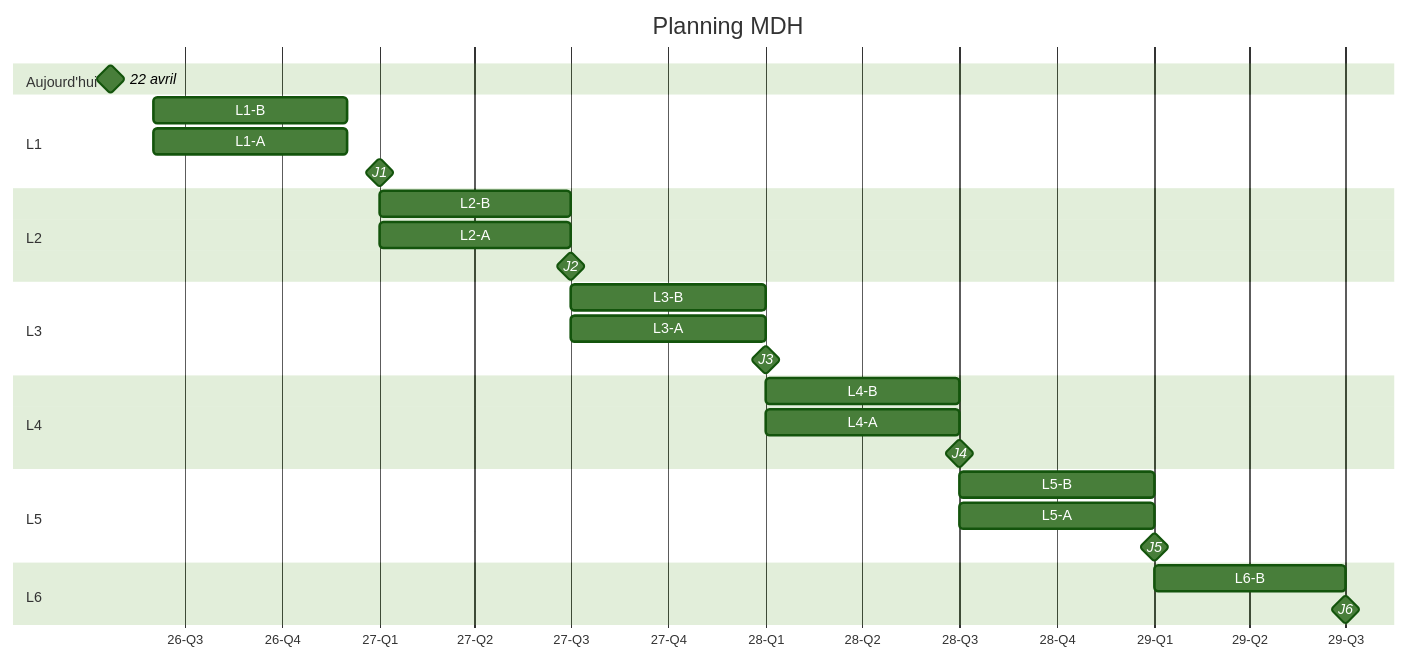
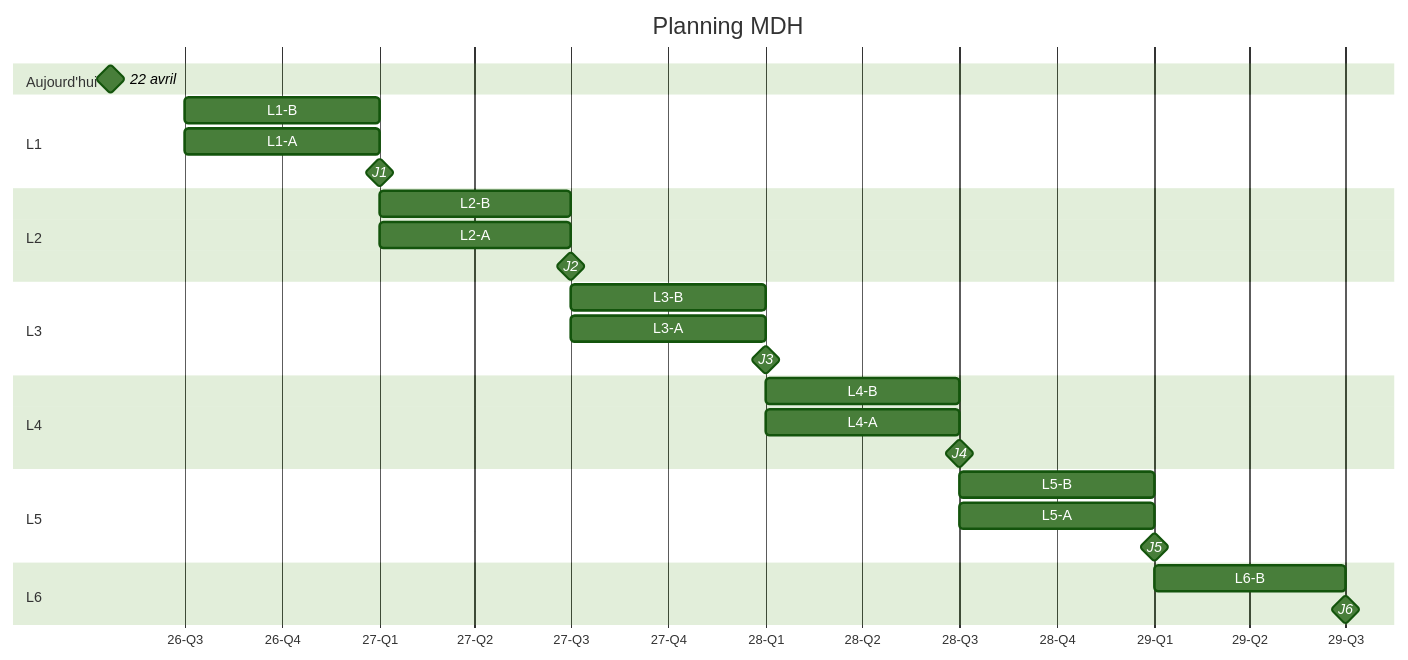
One commit to cdamas-cerema/test changed the diagram in planning.md. Above: the diagram before and after it, drawn with Mermaid (forest theme).

Commit message:
Update L1 tasks to start in July instead of June

````diff
--- a/planning.md
+++ b/planning.md
@@ -2,41 +2,41 @@
 ```mermaid
 gantt
     title Planning MDH
     dateFormat YYYY-MM-DD
     axisFormat %y-Q%q
     tickInterval 3month
 
     section Aujourd'hui
         %% This task forces the chart to start at the beginning of the year
         22 avril : milestone, m1, 2026-04-22, 0d
 
     section L1
-        L1-B                                 :2026-06-01, 6M
-        L1-A                                 :2026-06-01, 6M
+        L1-B                                 :2026-07-01, 6M
+        L1-A                                 :2026-07-01, 6M
         J1                                   :milestone, 2027-01-01, 1m
 
     section L2
         L2-B                                 :2027-01-01, 6M
         L2-A                                 :2027-01-01, 6M
         J2                                   :milestone, 2027-07-01, 1m
 
     section L3
         L3-B                                 :2027-07-01, 6M
         L3-A                                 :2027-07-01, 6M
         J3                                   :milestone, 2028-01-01, 1m
 
     section L4
         L4-B                                 :2028-01-01, 6M
         L4-A                                 :2028-01-01, 6M
         J4                                   :milestone, 2028-07-01, 1m
 
     section L5
         L5-B                                 :2028-07-01, 6M
         L5-A                                 :2028-07-01, 6M
         J5                                   :milestone, 2029-01-01, 1m
 
     section L6
         L6-B                                 :2029-01-01, 6M
         J6                                   :milestone, 2029-07-01, 1m
         
 ```
````
